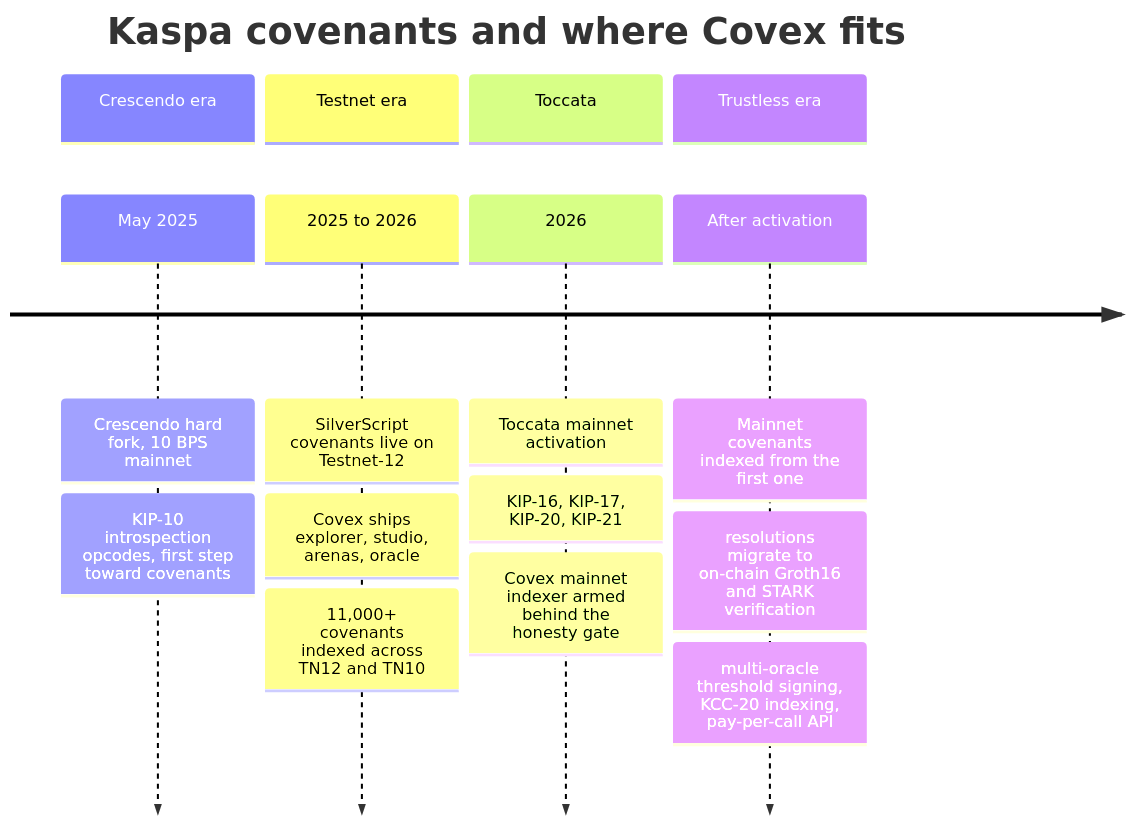
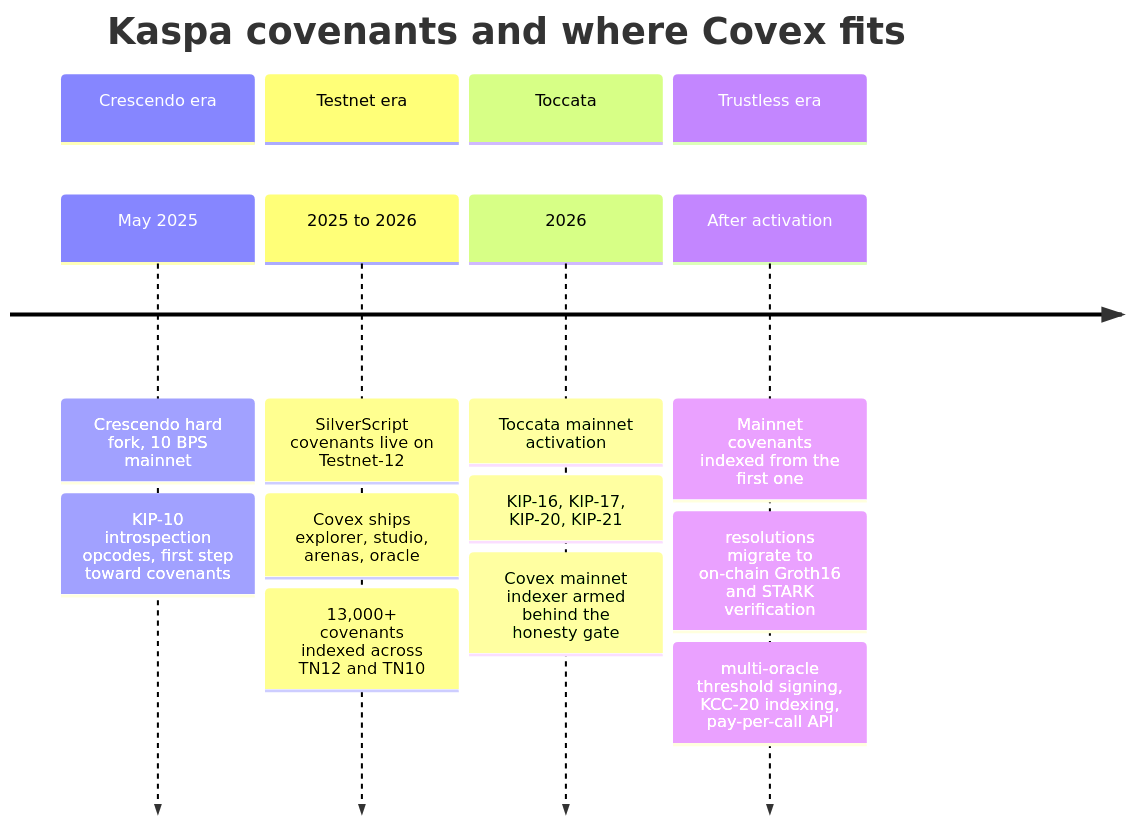
Before and after one commit to THTProtocol/Covex27: the fourth of 5 diagrams in README.md, drawn with Mermaid. The commit also changed other lines of this file and 3 other files, not shown here.

````diff
--- a/README.md
+++ b/README.md
@@ -247,12 +247,12 @@
 ```mermaid
 timeline
     title Kaspa covenants and where Covex fits
     section Crescendo era
         May 2025 : Crescendo hard fork, 10 BPS mainnet : KIP-10 introspection opcodes, first step toward covenants
     section Testnet era
-        2025 to 2026 : SilverScript covenants live on Testnet-12 : Covex ships explorer, studio, arenas, oracle : 11,000+ covenants indexed across TN12 and TN10
+        2025 to 2026 : SilverScript covenants live on Testnet-12 : Covex ships explorer, studio, arenas, oracle : 13,000+ covenants indexed across TN12 and TN10
     section Toccata
         2026 : Toccata mainnet activation : KIP-16, KIP-17, KIP-20, KIP-21 : Covex mainnet indexer armed behind the honesty gate
     section Trustless era
         After activation : Mainnet covenants indexed from the first one : resolutions migrate to on-chain Groth16 and STARK verification : multi-oracle threshold signing, KCC-20 indexing, pay-per-call API
 ```
````
